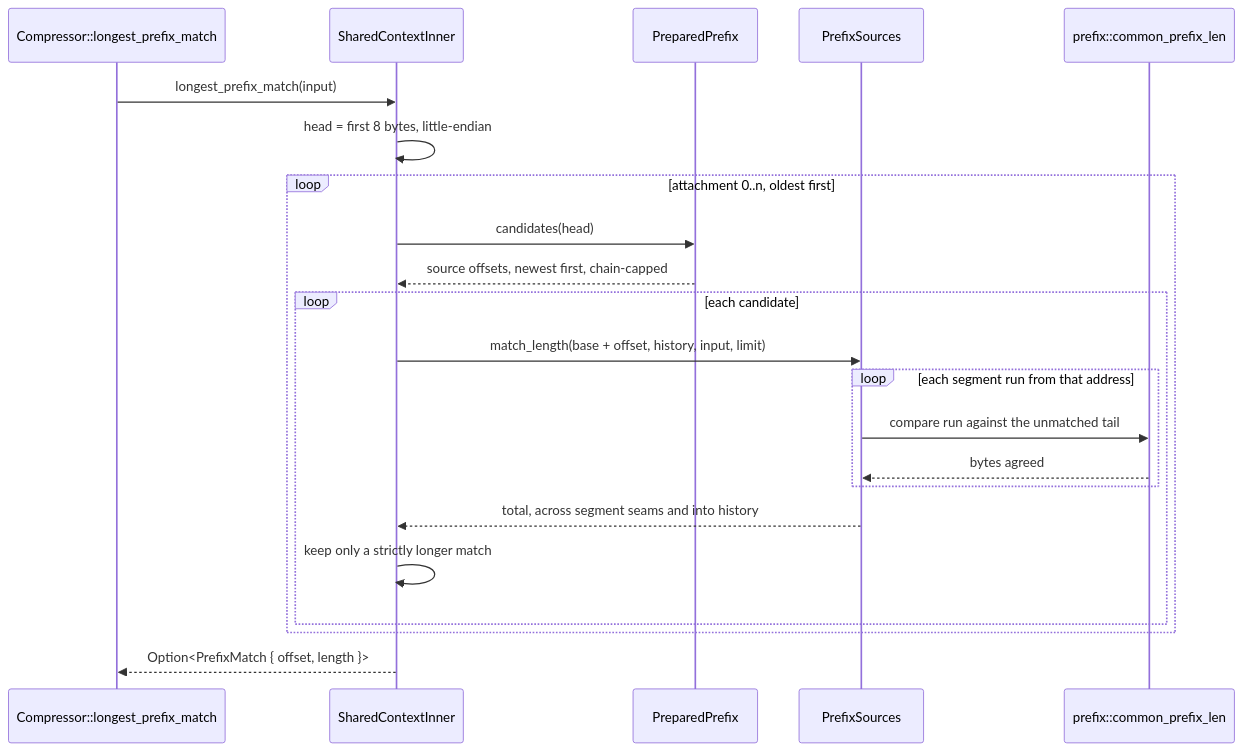
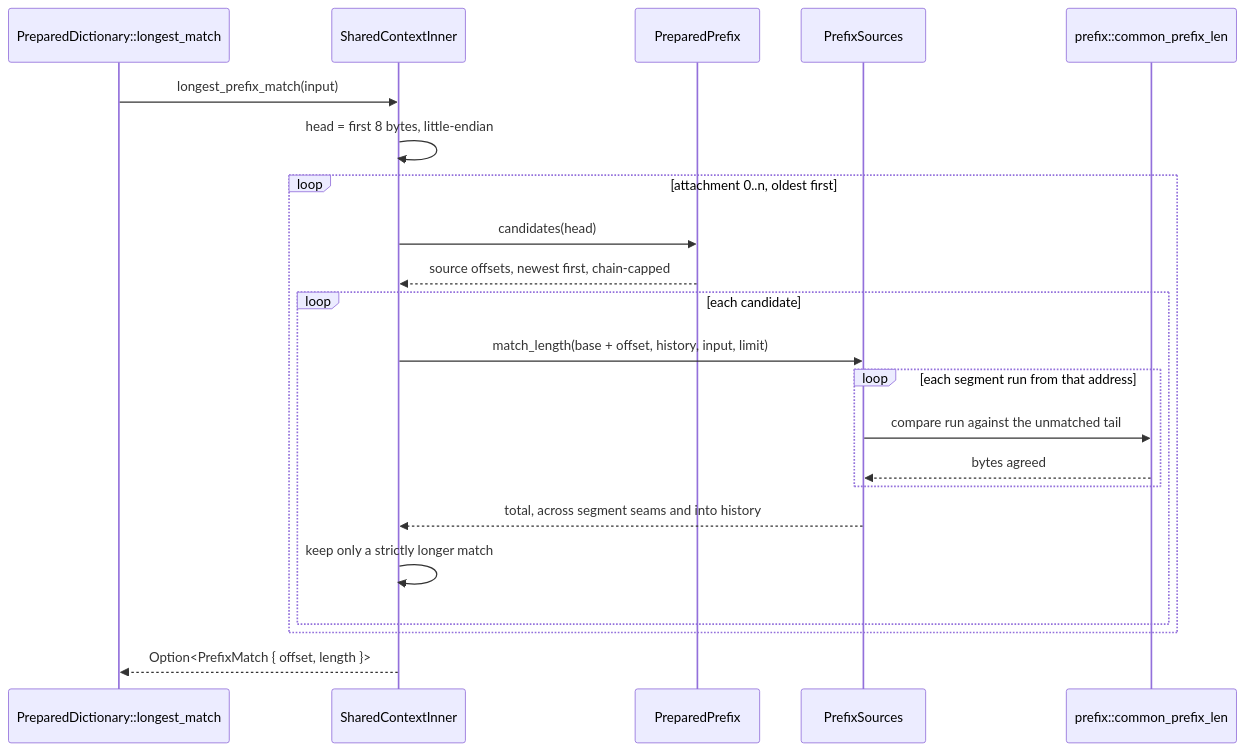
One commit to Mnwa/mbrotli changed the ninth of 13 diagrams in architecture/shared-brotli.md. Above: the diagram before and after it, drawn with Mermaid. The commit also changed other lines of this file and 104 other files, not shown here.

````diff
--- a/architecture/shared-brotli.md
+++ b/architecture/shared-brotli.md
@@ -421,25 +438,25 @@
 ```mermaid
 sequenceDiagram
-    participant C as Compressor::longest_prefix_match
+    participant C as PreparedDictionary::longest_match
     participant I as SharedContextInner
     participant P as PreparedPrefix
     participant S as PrefixSources
     participant M as prefix::common_prefix_len
 
     C->>I: longest_prefix_match(input)
     I->>I: head = first 8 bytes, little-endian
     loop attachment 0..n, oldest first
         I->>P: candidates(head)
         P-->>I: source offsets, newest first, chain-capped
         loop each candidate
             I->>S: match_length(base + offset, history, input, limit)
             loop each segment run from that address
                 S->>M: compare run against the unmatched tail
                 M-->>S: bytes agreed
             end
             S-->>I: total, across segment seams and into history
             I->>I: keep only a strictly longer match
         end
     end
     I-->>C: Option<PrefixMatch { offset, length }>
 ```
````
